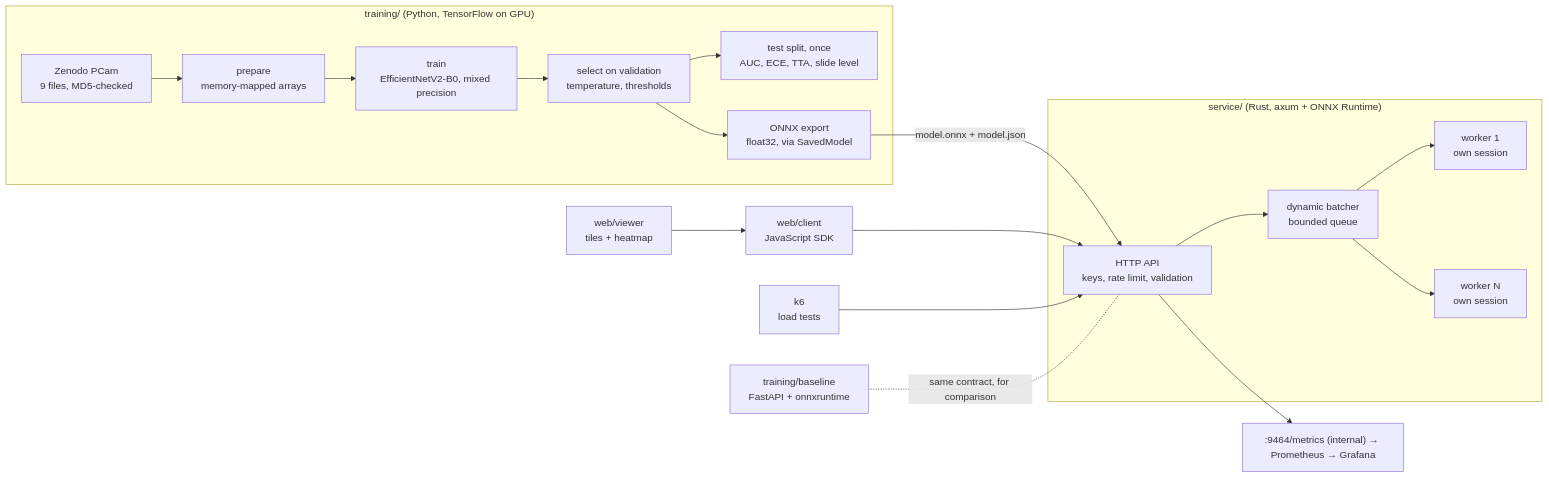
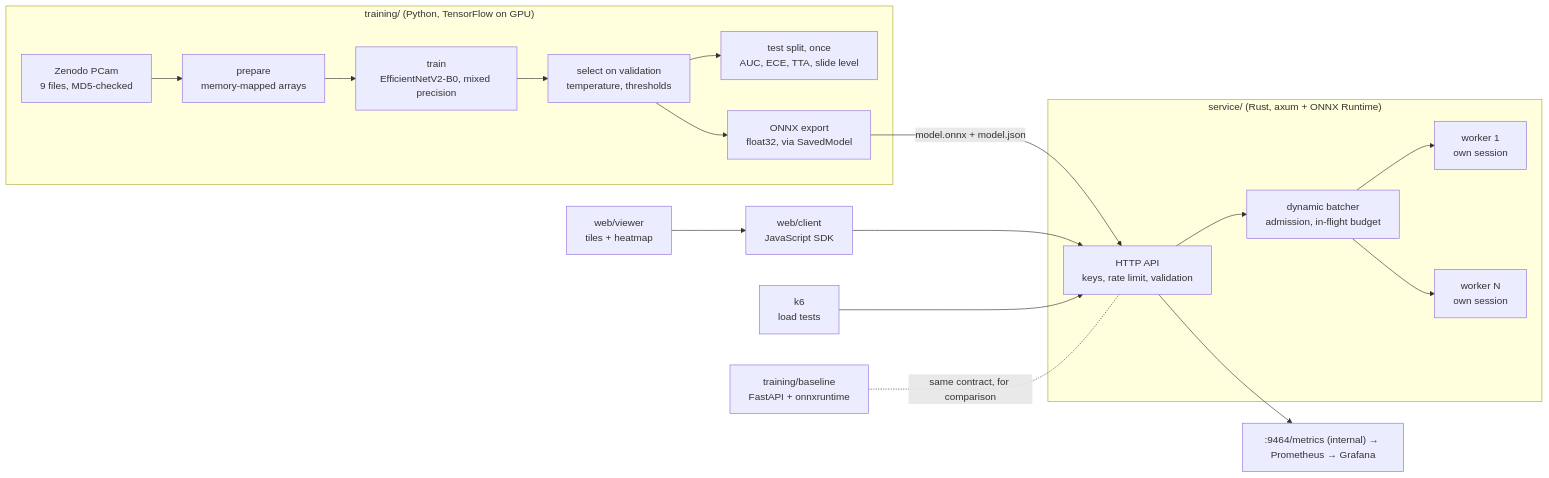
One commit to Tajaddin/pathology-inference-rs changed the diagram in docs/ARCHITECTURE.md. Above: the diagram before and after it, drawn with Mermaid. The commit also changed 5 other files, not shown here.

First line of the commit message:
Measure the waits for admission and budget, drop the queue gauge

````diff
--- a/docs/ARCHITECTURE.md
+++ b/docs/ARCHITECTURE.md
@@ -3,23 +3,23 @@
 ```mermaid
 flowchart LR
     subgraph Train["training/ (Python, TensorFlow on GPU)"]
         Z["Zenodo PCam<br/>9 files, MD5-checked"] --> P["prepare<br/>memory-mapped arrays"]
         P --> T["train<br/>EfficientNetV2-B0, mixed precision"]
         T --> V["select on validation<br/>temperature, thresholds"]
         V --> E["test split, once<br/>AUC, ECE, TTA, slide level"]
         V --> O["ONNX export<br/>float32, via SavedModel"]
     end
 
     O -->|"model.onnx + model.json"| S
 
     subgraph Serve["service/ (Rust, axum + ONNX Runtime)"]
-        S["HTTP API<br/>keys, rate limit, validation"] --> B["dynamic batcher<br/>bounded queue"]
+        S["HTTP API<br/>keys, rate limit, validation"] --> B["dynamic batcher<br/>admission, in-flight budget"]
         B --> W1["worker 1<br/>own session"] & W2["worker N<br/>own session"]
     end
 
     J["web/client<br/>JavaScript SDK"] --> S
     UI["web/viewer<br/>tiles + heatmap"] --> J
     K["k6<br/>load tests"] --> S
     PY["training/baseline<br/>FastAPI + onnxruntime"] -. same contract, for comparison .- S
     S --> M[":9464/metrics (internal) → Prometheus → Grafana"]
 ```
````
